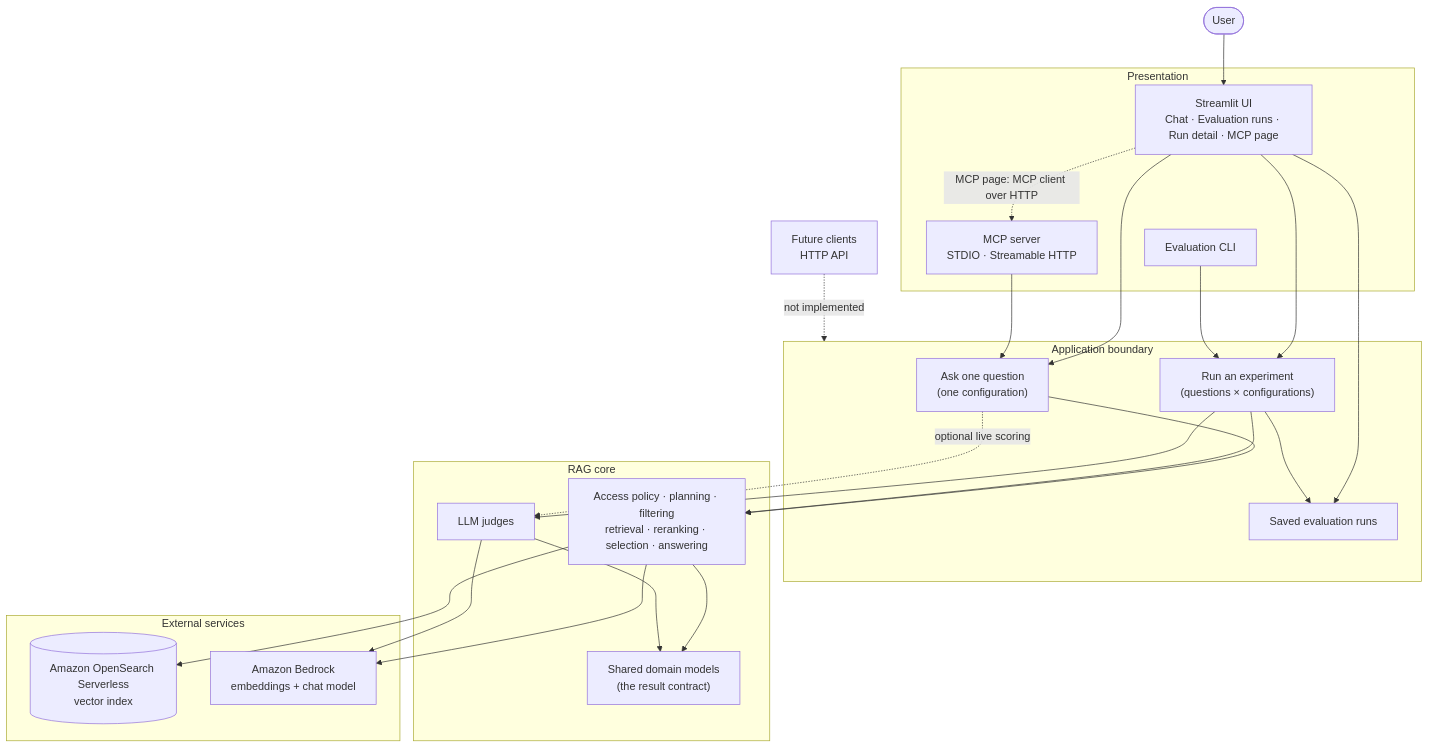
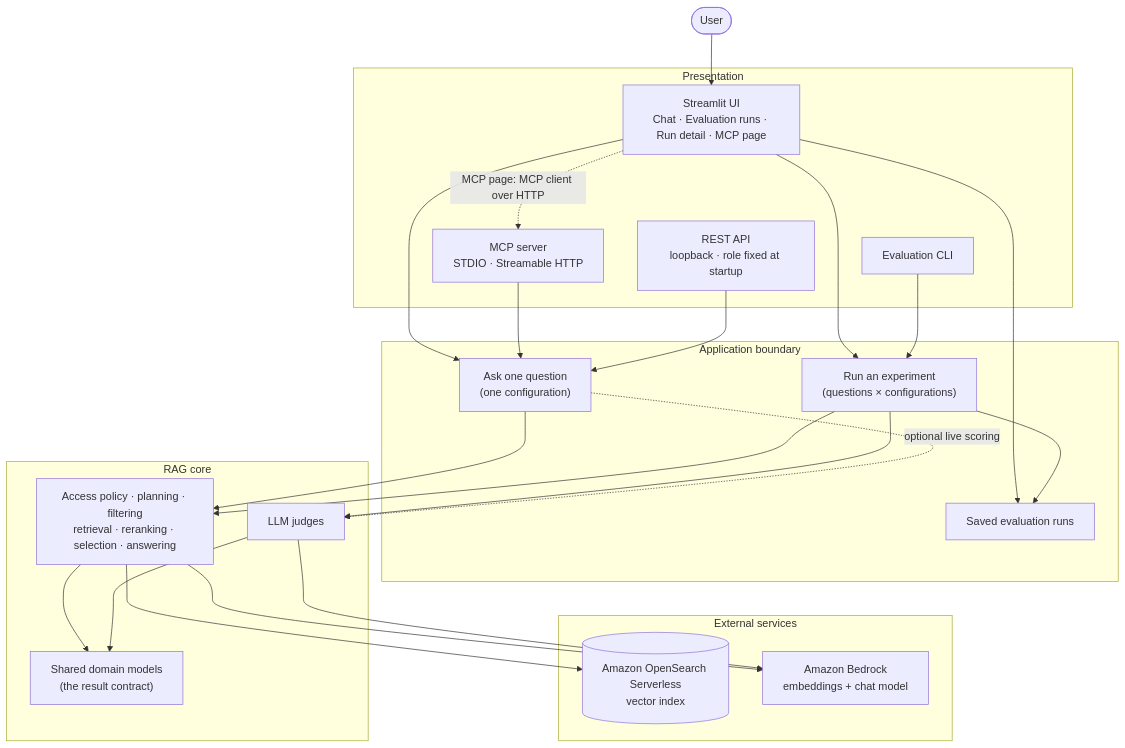
The first of 7 diagrams in docs/project-overview.md (mosheostro/Novaops-intelligent-RAG), drawn with Mermaid before and after one commit. The commit also changed other lines of this file and 8 other files, not shown here.

First line of the commit message:
docs: add REST API dashboard documentation

````diff
--- a/docs/project-overview.md
+++ b/docs/project-overview.md
@@ -41,48 +41,47 @@
 ```mermaid
 flowchart TB
     user(["User"])
 
     subgraph presentation["Presentation"]
         ui["Streamlit UI<br/>Chat · Evaluation runs · Run detail · MCP page"]
         cli["Evaluation CLI"]
         mcpsrv["MCP server<br/>STDIO · Streamable HTTP"]
+        rest["REST API<br/>loopback · role fixed at startup"]
     end
 
     subgraph application["Application boundary"]
         askuc["Ask one question<br/>(one configuration)"]
         evaluc["Run an experiment<br/>(questions × configurations)"]
         runstore["Saved evaluation runs"]
     end
 
     subgraph core["RAG core"]
         pipeline["Access policy · planning · filtering<br/>retrieval · reranking · selection · answering"]
         judges["LLM judges"]
         models["Shared domain models<br/>(the result contract)"]
     end
 
     subgraph infra["External services"]
         os[("Amazon OpenSearch Serverless<br/>vector index")]
         br["Amazon Bedrock<br/>embeddings + chat model"]
     end
 
-    future["Future clients<br/>HTTP API"]
-
     user --> ui
     ui --> askuc
     ui --> evaluc
     ui --> runstore
     cli --> evaluc
     mcpsrv --> askuc
     ui -. "MCP page: MCP client over HTTP" .-> mcpsrv
-    future -. "not implemented" .-> application
+    rest --> askuc
     askuc --> pipeline
     evaluc --> pipeline
     evaluc --> judges
     askuc -. "optional live scoring" .-> judges
     evaluc --> runstore
     pipeline --> models
     judges --> models
     pipeline --> os
     pipeline --> br
     judges --> br
 ```
````
